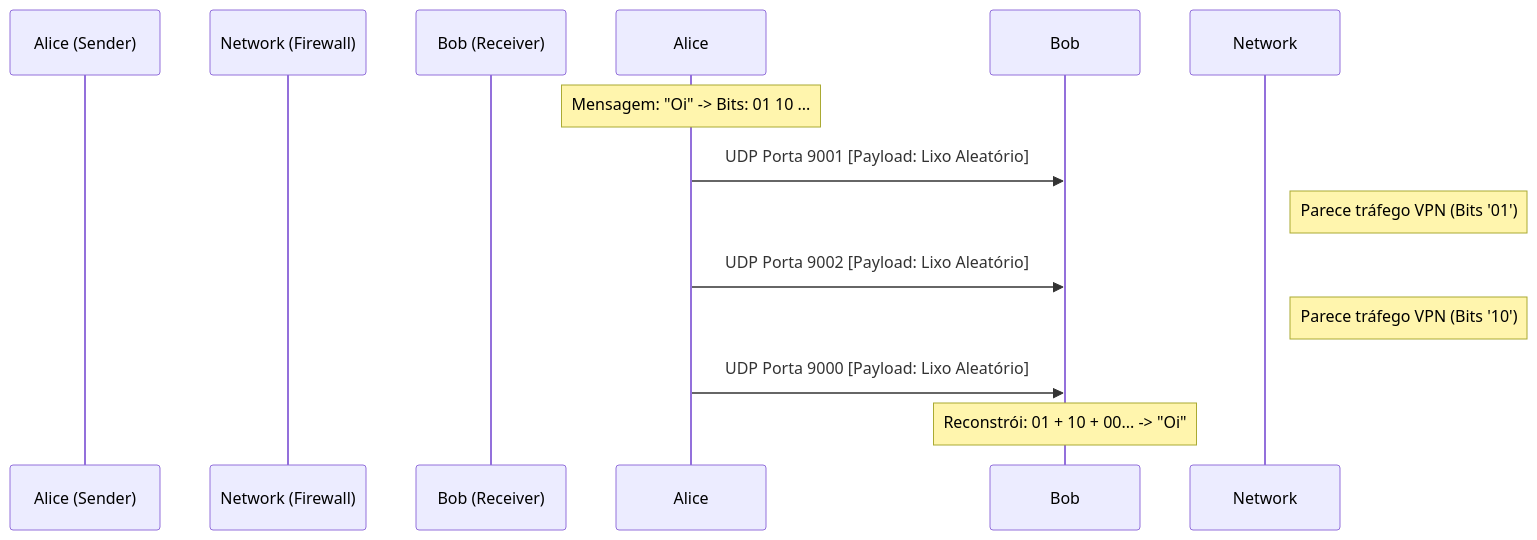
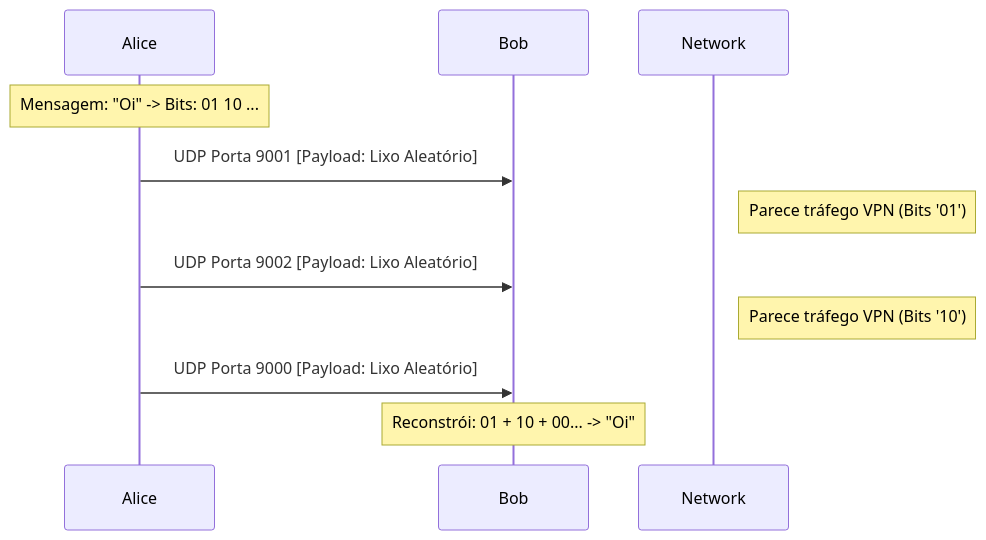
Before and after one commit to felipeandrian/fep-interstice: the first of 2 diagrams in README.md, drawn with Mermaid.

Commit message:
readme updated

````diff
--- a/README.md
+++ b/README.md
@@ -40,18 +40,15 @@
 ```mermaid
 sequenceDiagram
-    participant Alice (Sender)
-    participant Network (Firewall)
-    participant Bob (Receiver)
 
     Note over Alice: Mensagem: "Oi" -> Bits: 01 10 ...
     
     Alice->>Bob: UDP Porta 9001 [Payload: Lixo Aleatório]
     Note right of Network: Parece tráfego VPN (Bits '01')
     
     Alice->>Bob: UDP Porta 9002 [Payload: Lixo Aleatório]
     Note right of Network: Parece tráfego VPN (Bits '10')
     
     Alice->>Bob: UDP Porta 9000 [Payload: Lixo Aleatório]
     
     Note over Bob: Reconstrói: 01 + 10 + 00... -> "Oi"
 ```
````
